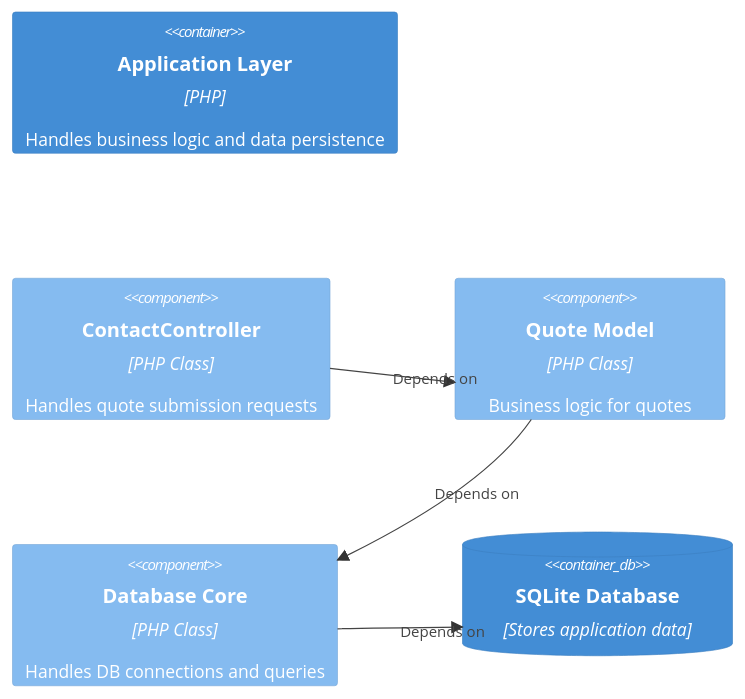
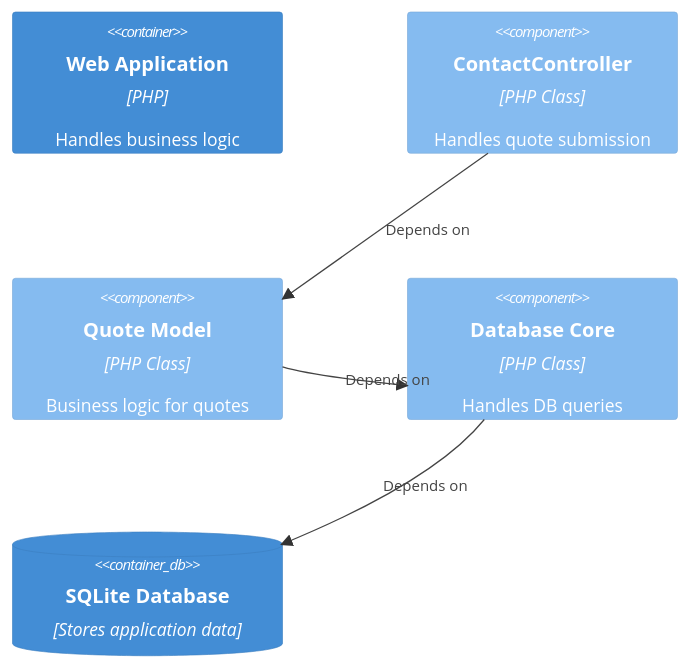
One commit to LeGoatest/restore changed the diagram in project_docs/relationships.md. Above: the diagram before and after it, drawn with Mermaid. The commit also changed other lines of this file and 11 other files, not shown here.

````diff
--- a/project_docs/relationships.md
+++ b/project_docs/relationships.md
@@ -30,13 +51,13 @@
 ```mermaid
 C4Component
-    Container(api, "Application Layer", "PHP", "Handles business logic and data persistence")
+    Container(app, "Web Application", "PHP", "Handles business logic")
 
-    Component(controller, "ContactController", "PHP Class", "Handles quote submission requests")
+    Component(controller, "ContactController", "PHP Class", "Handles quote submission")
     Component(model, "Quote Model", "PHP Class", "Business logic for quotes")
-    Component(core, "Database Core", "PHP Class", "Handles DB connections and queries")
+    Component(core, "Database Core", "PHP Class", "Handles DB queries")
     ContainerDb(db, "SQLite Database", "Stores application data")
 
     Rel(controller, model, "Depends on")
     Rel(model, core, "Depends on")
     Rel(core, db, "Depends on")
 ```
````
